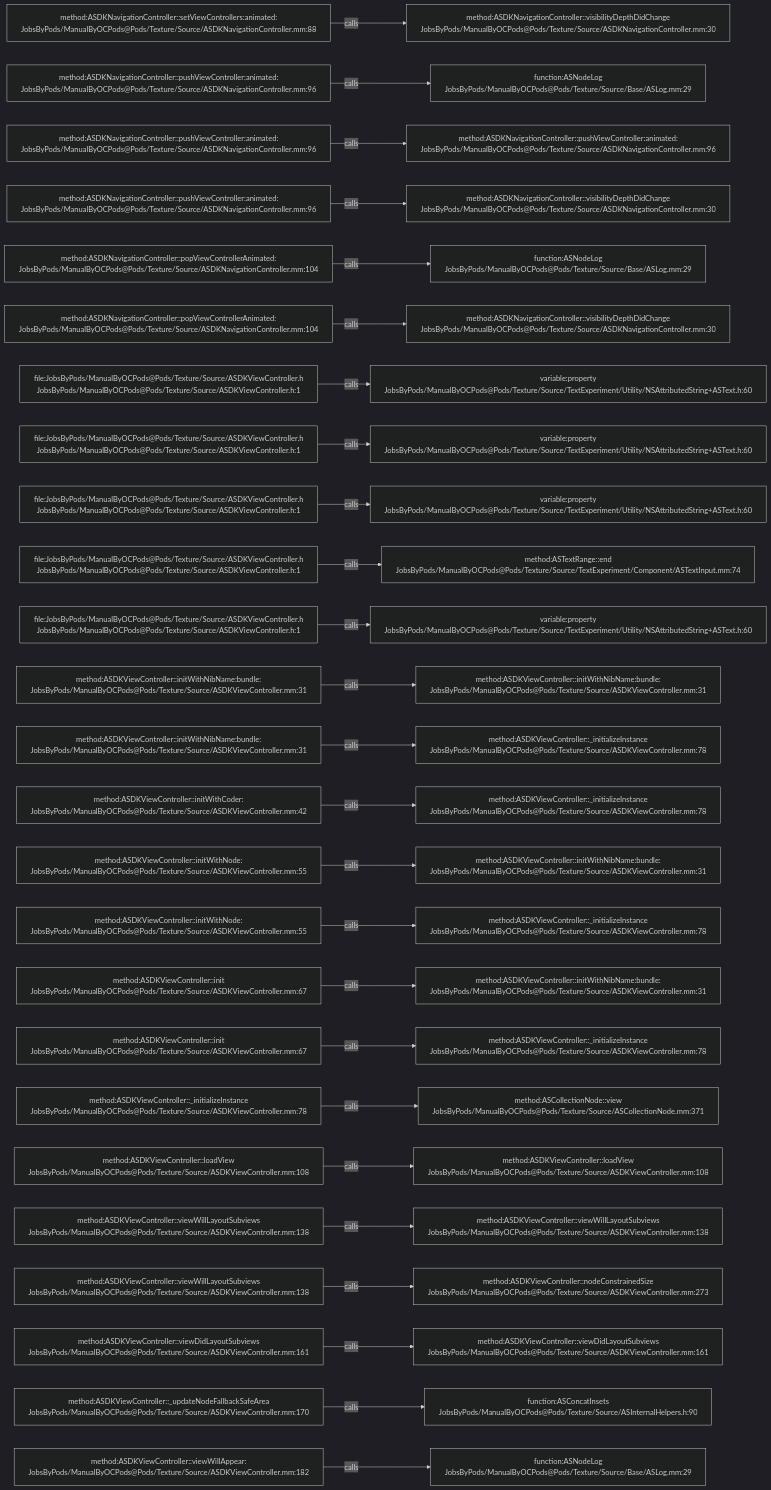
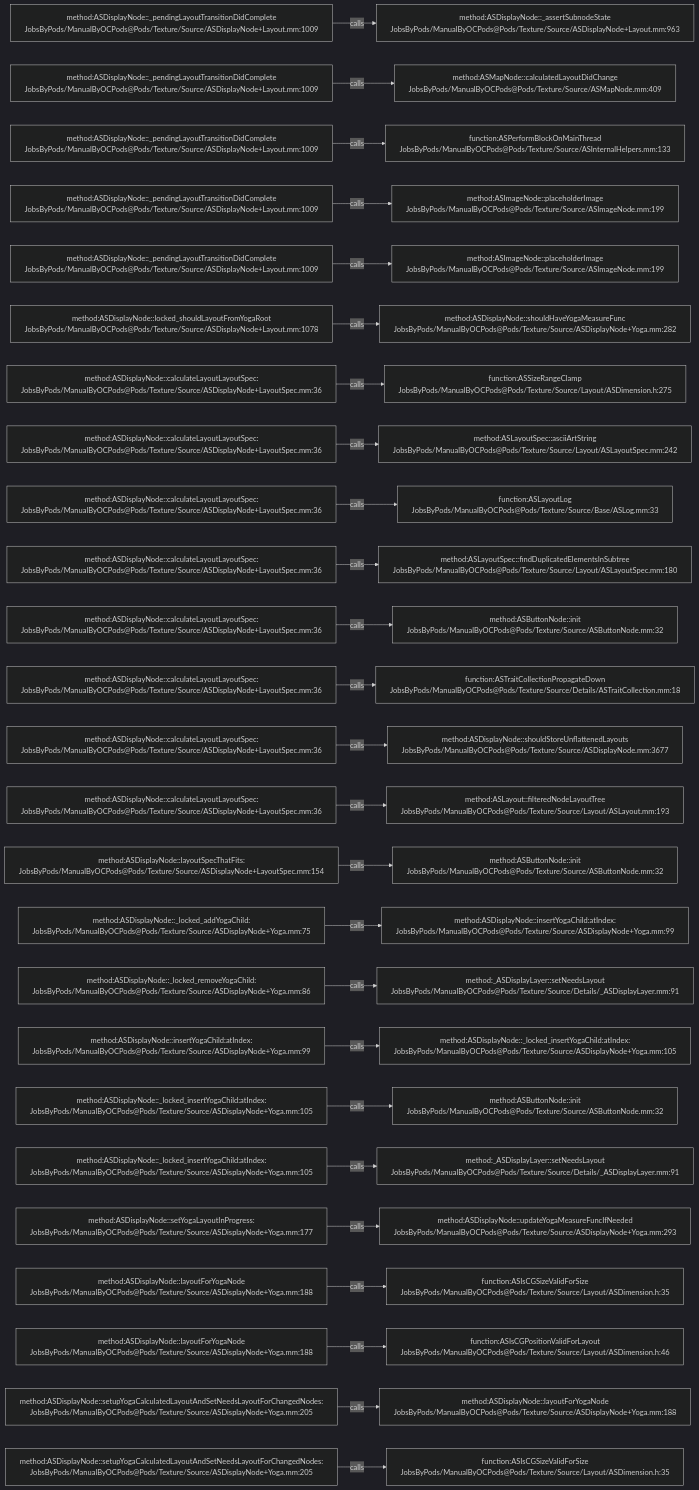
One commit to JobsKits/JobsOCBaseConfigDemo changed the diagram in .codegraph/codegraph.md/graphs/calls-086.md. Above: the diagram before and after it, drawn with Mermaid (dark theme). The commit also changed 1448 other files, not shown here.

````diff
--- a/.codegraph/codegraph.md/graphs/calls-086.md
+++ b/.codegraph/codegraph.md/graphs/calls-086.md
@@ -13,78 +13,78 @@
 ```mermaid
 flowchart LR
-  S1["method:ASDKNavigationController::setViewControllers:animated:<br/>JobsByPods/ManualByOCPods@Pods/Texture/Source/ASDKNavigationController.mm:88"]
-  T1["method:ASDKNavigationController::visibilityDepthDidChange<br/>JobsByPods/ManualByOCPods@Pods/Texture/Source/ASDKNavigationController.mm:30"]
+  S1["method:ASDisplayNode::_pendingLayoutTransitionDidComplete<br/>JobsByPods/ManualByOCPods@Pods/Texture/Source/ASDisplayNode+Layout.mm:1009"]
+  T1["method:ASDisplayNode::_assertSubnodeState<br/>JobsByPods/ManualByOCPods@Pods/Texture/Source/ASDisplayNode+Layout.mm:963"]
   S1 -->|calls| T1
-  S2["method:ASDKNavigationController::pushViewController:animated:<br/>JobsByPods/ManualByOCPods@Pods/Texture/Source/ASDKNavigationController.mm:96"]
-  T2["function:ASNodeLog<br/>JobsByPods/ManualByOCPods@Pods/Texture/Source/Base/ASLog.mm:29"]
+  S2["method:ASDisplayNode::_pendingLayoutTransitionDidComplete<br/>JobsByPods/ManualByOCPods@Pods/Texture/Source/ASDisplayNode+Layout.mm:1009"]
+  T2["method:ASMapNode::calculatedLayoutDidChange<br/>JobsByPods/ManualByOCPods@Pods/Texture/Source/ASMapNode.mm:409"]
   S2 -->|calls| T2
-  S3["method:ASDKNavigationController::pushViewController:animated:<br/>JobsByPods/ManualByOCPods@Pods/Texture/Source/ASDKNavigationController.mm:96"]
-  T3["method:ASDKNavigationController::pushViewController:animated:<br/>JobsByPods/ManualByOCPods@Pods/Texture/Source/ASDKNavigationController.mm:96"]
+  S3["method:ASDisplayNode::_pendingLayoutTransitionDidComplete<br/>JobsByPods/ManualByOCPods@Pods/Texture/Source/ASDisplayNode+Layout.mm:1009"]
+  T3["function:ASPerformBlockOnMainThread<br/>JobsByPods/ManualByOCPods@Pods/Texture/Source/ASInternalHelpers.mm:133"]
   S3 -->|calls| T3
-  S4["method:ASDKNavigationController::pushViewController:animated:<br/>JobsByPods/ManualByOCPods@Pods/Texture/Source/ASDKNavigationController.mm:96"]
-  T4["method:ASDKNavigationController::visibilityDepthDidChange<br/>JobsByPods/ManualByOCPods@Pods/Texture/Source/ASDKNavigationController.mm:30"]
+  S4["method:ASDisplayNode::_pendingLayoutTransitionDidComplete<br/>JobsByPods/ManualByOCPods@Pods/Texture/Source/ASDisplayNode+Layout.mm:1009"]
+  T4["method:ASImageNode::placeholderImage<br/>JobsByPods/ManualByOCPods@Pods/Texture/Source/ASImageNode.mm:199"]
   S4 -->|calls| T4
-  S5["method:ASDKNavigationController::popViewControllerAnimated:<br/>JobsByPods/ManualByOCPods@Pods/Texture/Source/ASDKNavigationController.mm:104"]
-  T5["function:ASNodeLog<br/>JobsByPods/ManualByOCPods@Pods/Texture/Source/Base/ASLog.mm:29"]
+  S5["method:ASDisplayNode::_pendingLayoutTransitionDidComplete<br/>JobsByPods/ManualByOCPods@Pods/Texture/Source/ASDisplayNode+Layout.mm:1009"]
+  T5["method:ASImageNode::placeholderImage<br/>JobsByPods/ManualByOCPods@Pods/Texture/Source/ASImageNode.mm:199"]
   S5 -->|calls| T5
-  S6["method:ASDKNavigationController::popViewControllerAnimated:<br/>JobsByPods/ManualByOCPods@Pods/Texture/Source/ASDKNavigationController.mm:104"]
-  T6["method:ASDKNavigationController::visibilityDepthDidChange<br/>JobsByPods/ManualByOCPods@Pods/Texture/Source/ASDKNavigationController.mm:30"]
+  S6["method:ASDisplayNode::locked_shouldLayoutFromYogaRoot<br/>JobsByPods/ManualByOCPods@Pods/Texture/Source/ASDisplayNode+Layout.mm:1078"]
+  T6["method:ASDisplayNode::shouldHaveYogaMeasureFunc<br/>JobsByPods/ManualByOCPods@Pods/Texture/Source/ASDisplayNode+Yoga.mm:282"]
   S6 -->|calls| T6
-  S7["file:JobsByPods/ManualByOCPods@Pods/Texture/Source/ASDKViewController.h<br/>JobsByPods/ManualByOCPods@Pods/Texture/Source/ASDKViewController.h:1"]
-  T7["variable:property<br/>JobsByPods/ManualByOCPods@Pods/Texture/Source/TextExperiment/Utility/NSAttributedString+ASText.h:60"]
+  S7["method:ASDisplayNode::calculateLayoutLayoutSpec:<br/>JobsByPods/ManualByOCPods@Pods/Texture/Source/ASDisplayNode+LayoutSpec.mm:36"]
+  T7["function:ASSizeRangeClamp<br/>JobsByPods/ManualByOCPods@Pods/Texture/Source/Layout/ASDimension.h:275"]
   S7 -->|calls| T7
-  S8["file:JobsByPods/ManualByOCPods@Pods/Texture/Source/ASDKViewController.h<br/>JobsByPods/ManualByOCPods@Pods/Texture/Source/ASDKViewController.h:1"]
-  T8["variable:property<br/>JobsByPods/ManualByOCPods@Pods/Texture/Source/TextExperiment/Utility/NSAttributedString+ASText.h:60"]
+  S8["method:ASDisplayNode::calculateLayoutLayoutSpec:<br/>JobsByPods/ManualByOCPods@Pods/Texture/Source/ASDisplayNode+LayoutSpec.mm:36"]
+  T8["method:ASLayoutSpec::asciiArtString<br/>JobsByPods/ManualByOCPods@Pods/Texture/Source/Layout/ASLayoutSpec.mm:242"]
   S8 -->|calls| T8
-  S9["file:JobsByPods/ManualByOCPods@Pods/Texture/Source/ASDKViewController.h<br/>JobsByPods/ManualByOCPods@Pods/Texture/Source/ASDKViewController.h:1"]
-  T9["variable:property<br/>JobsByPods/ManualByOCPods@Pods/Texture/Source/TextExperiment/Utility/NSAttributedString+ASText.h:60"]
+  S9["method:ASDisplayNode::calculateLayoutLayoutSpec:<br/>JobsByPods/ManualByOCPods@Pods/Texture/Source/ASDisplayNode+LayoutSpec.mm:36"]
+  T9["function:ASLayoutLog<br/>JobsByPods/ManualByOCPods@Pods/Texture/Source/Base/ASLog.mm:33"]
   S9 -->|calls| T9
-  S10["file:JobsByPods/ManualByOCPods@Pods/Texture/Source/ASDKViewController.h<br/>JobsByPods/ManualByOCPods@Pods/Texture/Source/ASDKViewController.h:1"]
-  T10["method:ASTextRange::end<br/>JobsByPods/ManualByOCPods@Pods/Texture/Source/TextExperiment/Component/ASTextInput.mm:74"]
+  S10["method:ASDisplayNode::calculateLayoutLayoutSpec:<br/>JobsByPods/ManualByOCPods@Pods/Texture/Source/ASDisplayNode+LayoutSpec.mm:36"]
+  T10["method:ASLayoutSpec::findDuplicatedElementsInSubtree<br/>JobsByPods/ManualByOCPods@Pods/Texture/Source/Layout/ASLayoutSpec.mm:180"]
   S10 -->|calls| T10
-  S11["file:JobsByPods/ManualByOCPods@Pods/Texture/Source/ASDKViewController.h<br/>JobsByPods/ManualByOCPods@Pods/Texture/Source/ASDKViewController.h:1"]
-  T11["variable:property<br/>JobsByPods/ManualByOCPods@Pods/Texture/Source/TextExperiment/Utility/NSAttributedString+ASText.h:60"]
+  S11["method:ASDisplayNode::calculateLayoutLayoutSpec:<br/>JobsByPods/ManualByOCPods@Pods/Texture/Source/ASDisplayNode+LayoutSpec.mm:36"]
+  T11["method:ASButtonNode::init<br/>JobsByPods/ManualByOCPods@Pods/Texture/Source/ASButtonNode.mm:32"]
   S11 -->|calls| T11
-  S12["method:ASDKViewController::initWithNibName:bundle:<br/>JobsByPods/ManualByOCPods@Pods/Texture/Source/ASDKViewController.mm:31"]
-  T12["method:ASDKViewController::initWithNibName:bundle:<br/>JobsByPods/ManualByOCPods@Pods/Texture/Source/ASDKViewController.mm:31"]
+  S12["method:ASDisplayNode::calculateLayoutLayoutSpec:<br/>JobsByPods/ManualByOCPods@Pods/Texture/Source/ASDisplayNode+LayoutSpec.mm:36"]
+  T12["function:ASTraitCollectionPropagateDown<br/>JobsByPods/ManualByOCPods@Pods/Texture/Source/Details/ASTraitCollection.mm:18"]
   S12 -->|calls| T12
-  S13["method:ASDKViewController::initWithNibName:bundle:<br/>JobsByPods/ManualByOCPods@Pods/Texture/Source/ASDKViewController.mm:31"]
-  T13["method:ASDKViewController::_initializeInstance<br/>JobsByPods/ManualByOCPods@Pods/Texture/Source/ASDKViewController.mm:78"]
+  S13["method:ASDisplayNode::calculateLayoutLayoutSpec:<br/>JobsByPods/ManualByOCPods@Pods/Texture/Source/ASDisplayNode+LayoutSpec.mm:36"]
+  T13["method:ASDisplayNode::shouldStoreUnflattenedLayouts<br/>JobsByPods/ManualByOCPods@Pods/Texture/Source/ASDisplayNode.mm:3677"]
   S13 -->|calls| T13
-  S14["method:ASDKViewController::initWithCoder:<br/>JobsByPods/ManualByOCPods@Pods/Texture/Source/ASDKViewController.mm:42"]
-  T14["method:ASDKViewController::_initializeInstance<br/>JobsByPods/ManualByOCPods@Pods/Texture/Source/ASDKViewController.mm:78"]
+  S14["method:ASDisplayNode::calculateLayoutLayoutSpec:<br/>JobsByPods/ManualByOCPods@Pods/Texture/Source/ASDisplayNode+LayoutSpec.mm:36"]
+  T14["method:ASLayout::filteredNodeLayoutTree<br/>JobsByPods/ManualByOCPods@Pods/Texture/Source/Layout/ASLayout.mm:193"]
   S14 -->|calls| T14
-  S15["method:ASDKViewController::initWithNode:<br/>JobsByPods/ManualByOCPods@Pods/Texture/Source/ASDKViewController.mm:55"]
-  T15["method:ASDKViewController::initWithNibName:bundle:<br/>JobsByPods/ManualByOCPods@Pods/Texture/Source/ASDKViewController.mm:31"]
+  S15["method:ASDisplayNode::layoutSpecThatFits:<br/>JobsByPods/ManualByOCPods@Pods/Texture/Source/ASDisplayNode+LayoutSpec.mm:154"]
+  T15["method:ASButtonNode::init<br/>JobsByPods/ManualByOCPods@Pods/Texture/Source/ASButtonNode.mm:32"]
   S15 -->|calls| T15
-  S16["method:ASDKViewController::initWithNode:<br/>JobsByPods/ManualByOCPods@Pods/Texture/Source/ASDKViewController.mm:55"]
-  T16["method:ASDKViewController::_initializeInstance<br/>JobsByPods/ManualByOCPods@Pods/Texture/Source/ASDKViewController.mm:78"]
+  S16["method:ASDisplayNode::_locked_addYogaChild:<br/>JobsByPods/ManualByOCPods@Pods/Texture/Source/ASDisplayNode+Yoga.mm:75"]
+  T16["method:ASDisplayNode::insertYogaChild:atIndex:<br/>JobsByPods/ManualByOCPods@Pods/Texture/Source/ASDisplayNode+Yoga.mm:99"]
   S16 -->|calls| T16
-  S17["method:ASDKViewController::init<br/>JobsByPods/ManualByOCPods@Pods/Texture/Source/ASDKViewController.mm:67"]
-  T17["method:ASDKViewController::initWithNibName:bundle:<br/>JobsByPods/ManualByOCPods@Pods/Texture/Source/ASDKViewController.mm:31"]
+  S17["method:ASDisplayNode::_locked_removeYogaChild:<br/>JobsByPods/ManualByOCPods@Pods/Texture/Source/ASDisplayNode+Yoga.mm:86"]
+  T17["method:_ASDisplayLayer::setNeedsLayout<br/>JobsByPods/ManualByOCPods@Pods/Texture/Source/Details/_ASDisplayLayer.mm:91"]
   S17 -->|calls| T17
-  S18["method:ASDKViewController::init<br/>JobsByPods/ManualByOCPods@Pods/Texture/Source/ASDKViewController.mm:67"]
-  T18["method:ASDKViewController::_initializeInstance<br/>JobsByPods/ManualByOCPods@Pods/Texture/Source/ASDKViewController.mm:78"]
+  S18["method:ASDisplayNode::insertYogaChild:atIndex:<br/>JobsByPods/ManualByOCPods@Pods/Texture/Source/ASDisplayNode+Yoga.mm:99"]
+  T18["method:ASDisplayNode::_locked_insertYogaChild:atIndex:<br/>JobsByPods/ManualByOCPods@Pods/Texture/Source/ASDisplayNode+Yoga.mm:105"]
   S18 -->|calls| T18
-  S19["method:ASDKViewController::_initializeInstance<br/>JobsByPods/ManualByOCPods@Pods/Texture/Source/ASDKViewController.mm:78"]
-  T19["method:ASCollectionNode::view<br/>JobsByPods/ManualByOCPods@Pods/Texture/Source/ASCollectionNode.mm:371"]
+  S19["method:ASDisplayNode::_locked_insertYogaChild:atIndex:<br/>JobsByPods/ManualByOCPods@Pods/Texture/Source/ASDisplayNode+Yoga.mm:105"]
+  T19["method:ASButtonNode::init<br/>JobsByPods/ManualByOCPods@Pods/Texture/Source/ASButtonNode.mm:32"]
   S19 -->|calls| T19
-  S20["method:ASDKViewController::loadView<br/>JobsByPods/ManualByOCPods@Pods/Texture/Source/ASDKViewController.mm:108"]
-  T20["method:ASDKViewController::loadView<br/>JobsByPods/ManualByOCPods@Pods/Texture/Source/ASDKViewController.mm:108"]
+  S20["method:ASDisplayNode::_locked_insertYogaChild:atIndex:<br/>JobsByPods/ManualByOCPods@Pods/Texture/Source/ASDisplayNode+Yoga.mm:105"]
+  T20["method:_ASDisplayLayer::setNeedsLayout<br/>JobsByPods/ManualByOCPods@Pods/Texture/Source/Details/_ASDisplayLayer.mm:91"]
   S20 -->|calls| T20
-  S21["method:ASDKViewController::viewWillLayoutSubviews<br/>JobsByPods/ManualByOCPods@Pods/Texture/Source/ASDKViewController.mm:138"]
-  T21["method:ASDKViewController::viewWillLayoutSubviews<br/>JobsByPods/ManualByOCPods@Pods/Texture/Source/ASDKViewController.mm:138"]
+  S21["method:ASDisplayNode::setYogaLayoutInProgress:<br/>JobsByPods/ManualByOCPods@Pods/Texture/Source/ASDisplayNode+Yoga.mm:177"]
+  T21["method:ASDisplayNode::updateYogaMeasureFuncIfNeeded<br/>JobsByPods/ManualByOCPods@Pods/Texture/Source/ASDisplayNode+Yoga.mm:293"]
   S21 -->|calls| T21
-  S22["method:ASDKViewController::viewWillLayoutSubviews<br/>JobsByPods/ManualByOCPods@Pods/Texture/Source/ASDKViewController.mm:138"]
-  T22["method:ASDKViewController::nodeConstrainedSize<br/>JobsByPods/ManualByOCPods@Pods/Texture/Source/ASDKViewController.mm:273"]
+  S22["method:ASDisplayNode::layoutForYogaNode<br/>JobsByPods/ManualByOCPods@Pods/Texture/Source/ASDisplayNode+Yoga.mm:188"]
+  T22["function:ASIsCGSizeValidForSize<br/>JobsByPods/ManualByOCPods@Pods/Texture/Source/Layout/ASDimension.h:35"]
   S22 -->|calls| T22
-  S23["method:ASDKViewController::viewDidLayoutSubviews<br/>JobsByPods/ManualByOCPods@Pods/Texture/Source/ASDKViewController.mm:161"]
-  T23["method:ASDKViewController::viewDidLayoutSubviews<br/>JobsByPods/ManualByOCPods@Pods/Texture/Source/ASDKViewController.mm:161"]
+  S23["method:ASDisplayNode::layoutForYogaNode<br/>JobsByPods/ManualByOCPods@Pods/Texture/Source/ASDisplayNode+Yoga.mm:188"]
+  T23["function:ASIsCGPositionValidForLayout<br/>JobsByPods/ManualByOCPods@Pods/Texture/Source/Layout/ASDimension.h:46"]
   S23 -->|calls| T23
-  S24["method:ASDKViewController::_updateNodeFallbackSafeArea<br/>JobsByPods/ManualByOCPods@Pods/Texture/Source/ASDKViewController.mm:170"]
-  T24["function:ASConcatInsets<br/>JobsByPods/ManualByOCPods@Pods/Texture/Source/ASInternalHelpers.h:90"]
+  S24["method:ASDisplayNode::setupYogaCalculatedLayoutAndSetNeedsLayoutForChangedNodes:<br/>JobsByPods/ManualByOCPods@Pods/Texture/Source/ASDisplayNode+Yoga.mm:205"]
+  T24["method:ASDisplayNode::layoutForYogaNode<br/>JobsByPods/ManualByOCPods@Pods/Texture/Source/ASDisplayNode+Yoga.mm:188"]
   S24 -->|calls| T24
-  S25["method:ASDKViewController::viewWillAppear:<br/>JobsByPods/ManualByOCPods@Pods/Texture/Source/ASDKViewController.mm:182"]
-  T25["function:ASNodeLog<br/>JobsByPods/ManualByOCPods@Pods/Texture/Source/Base/ASLog.mm:29"]
+  S25["method:ASDisplayNode::setupYogaCalculatedLayoutAndSetNeedsLayoutForChangedNodes:<br/>JobsByPods/ManualByOCPods@Pods/Texture/Source/ASDisplayNode+Yoga.mm:205"]
+  T25["function:ASIsCGSizeValidForSize<br/>JobsByPods/ManualByOCPods@Pods/Texture/Source/Layout/ASDimension.h:35"]
   S25 -->|calls| T25
 ```
````
